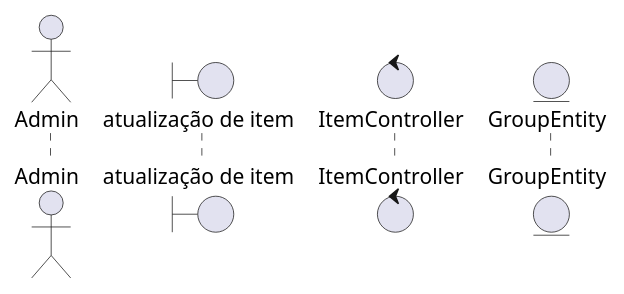
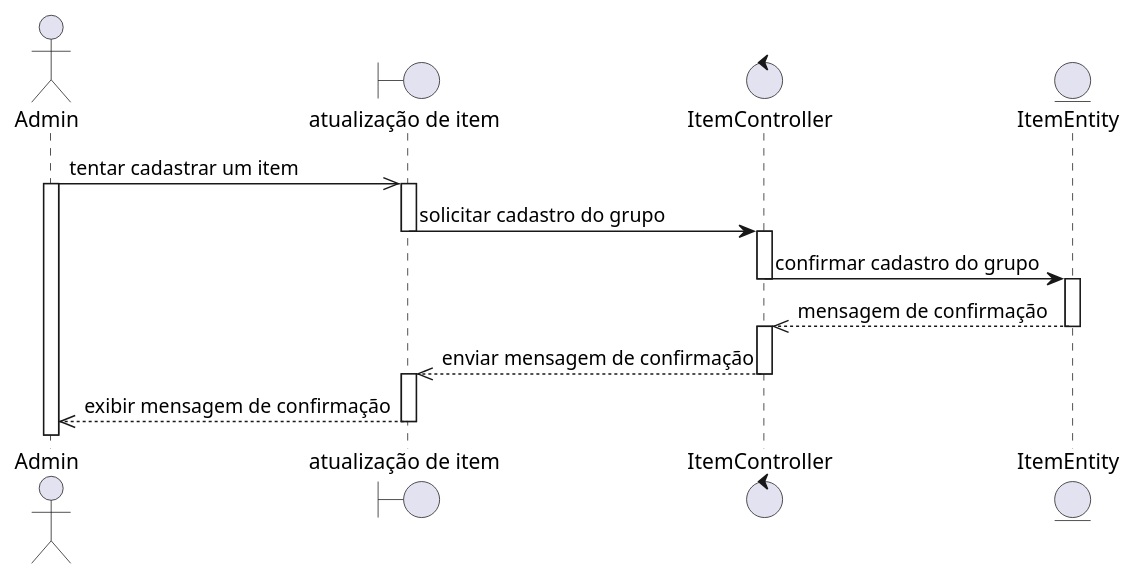
One commit to rodrigoRolim/CAdiagrams changed the diagram in sequence/admin/item.update.seq.wsd. Above: the diagram before and after it, drawn with PlantUML. The commit also changed 37 other files, not shown here.

```diff
--- a/sequence/admin/item.update.seq.wsd
+++ b/sequence/admin/item.update.seq.wsd
@@ -1,7 +1,25 @@
 @startuml
 actor Admin
+
 boundary "atualização de item" as grupo
 control ItemController
-entity GroupEntity
+entity ItemEntity
 
+Admin ->> grupo: tentar cadastrar um item
+activate Admin
+activate grupo
+grupo -> ItemController: solicitar cadastro do grupo
+deactivate grupo
+activate ItemController
+ItemController -> ItemEntity: confirmar cadastro do grupo
+deactivate ItemController
+activate ItemEntity
+ItemEntity -->> ItemController: mensagem de confirmação
+deactivate ItemEntity
+activate ItemController
+ItemController -->> grupo: enviar mensagem de confirmação
+deactivate ItemController
+activate grupo
+grupo -->> Admin: exibir mensagem de confirmação
+deactivate grupo
 @enduml
```
